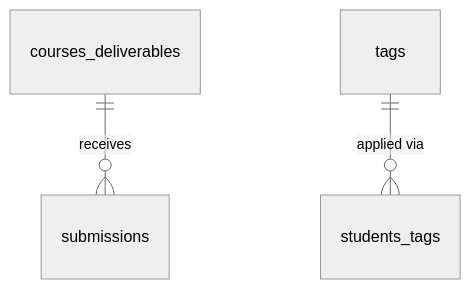
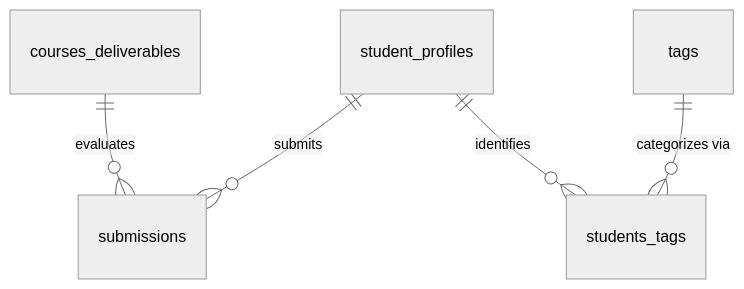
Before and after one commit to AndrewEmad14/attendance-and-grading-platform-backend: the fifth of 6 diagrams in README.md, drawn with Mermaid (neutral theme). The commit also changed other lines of this file and 1 other file, not shown here.

````diff
--- a/README.md
+++ b/README.md
@@ -201,9 +186,7 @@
 ```mermaid
 erDiagram
-    courses_deliverables {}
-    submissions {}
-    tags {}
-    students_tags {}
-    courses_deliverables ||--o{ submissions   : "receives"
-    tags                 ||--o{ students_tags : "applied via"
+    courses_deliverables ||--o{ submissions : "evaluates"
+    student_profiles ||--o{ submissions : "submits"
+    tags ||--o{ students_tags : "categorizes via"
+    student_profiles ||--o{ students_tags : "identifies"
 ```
````
